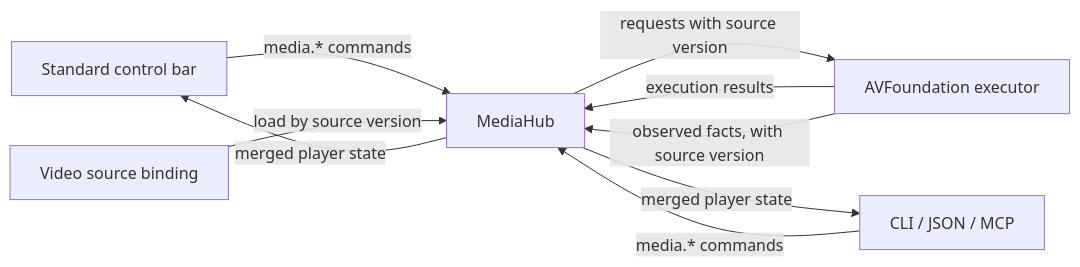
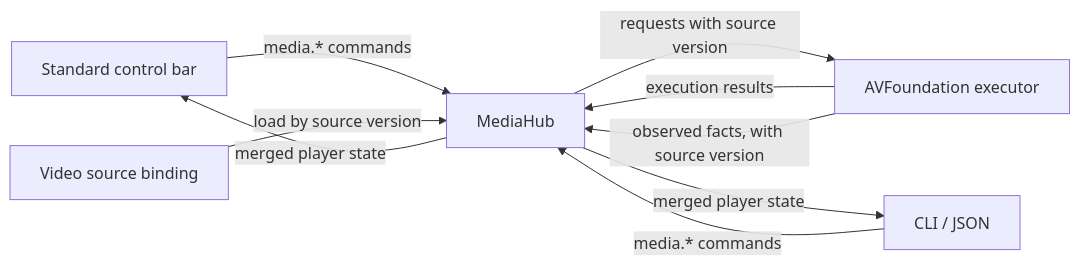
Before and after one commit to AimesSoft/Bern: the second of 3 diagrams in Docs/Implementation/macOS-SwiftUI.md, drawn with Mermaid. The commit also changed other lines of this file and 139 other files, not shown here.

First line of the commit message:
移除内置 MCP 服务，保留应用 CLI 与自动生成的 Skill (#118)

````diff
--- a/Docs/Implementation/macOS-SwiftUI.md
+++ b/Docs/Implementation/macOS-SwiftUI.md
@@ -296,11 +295,11 @@
 ```mermaid
 flowchart LR
     Bar[Standard control bar] -->|media.* commands| Hub[MediaHub]
-    Ext[CLI / JSON / MCP] -->|media.* commands| Hub
+    Ext[CLI / JSON] -->|media.* commands| Hub
     Decl[Video source binding] -->|load by source version| Hub
     Hub -->|requests with source version| AV[AVFoundation executor]
     AV -->|execution results| Hub
     AV -->|observed facts, with source version| Hub
     Hub -->|merged player state| Bar
     Hub -->|merged player state| Ext
 ```
````
